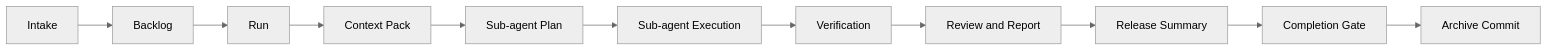
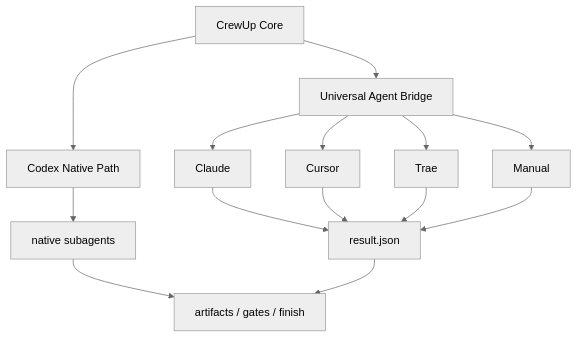
One commit to benforge/crewup-harness changed the first of 2 diagrams in README.en.md. Above: the diagram before and after it, drawn with Mermaid (neutral theme). The commit also changed other lines of this file and 45 other files, not shown here.

````diff
--- a/README.en.md
+++ b/README.en.md
@@ -98,13 +15,16 @@
 ```mermaid
-flowchart LR
-  A["Intake"] --> B["Backlog"]
-  B --> C["Run"]
-  C --> D["Context Pack"]
-  D --> E["Sub-agent Plan"]
-  E --> F["Sub-agent Execution"]
-  F --> G["Verification"]
-  G --> H["Review and Report"]
-  H --> I["Release Summary"]
-  I --> J["Completion Gate"]
-  J --> K["Archive Commit"]
+flowchart TD
+  A["CrewUp Core"] --> B["Codex Native Path"]
+  A --> C["Universal Agent Bridge"]
+  C --> D["Claude"]
+  C --> E["Cursor"]
+  C --> F["Trae"]
+  C --> G["Manual"]
+  B --> H["native subagents"]
+  D --> I["result.json"]
+  E --> I
+  F --> I
+  G --> I
+  H --> J["artifacts / gates / finish"]
+  I --> J
 ```
````
